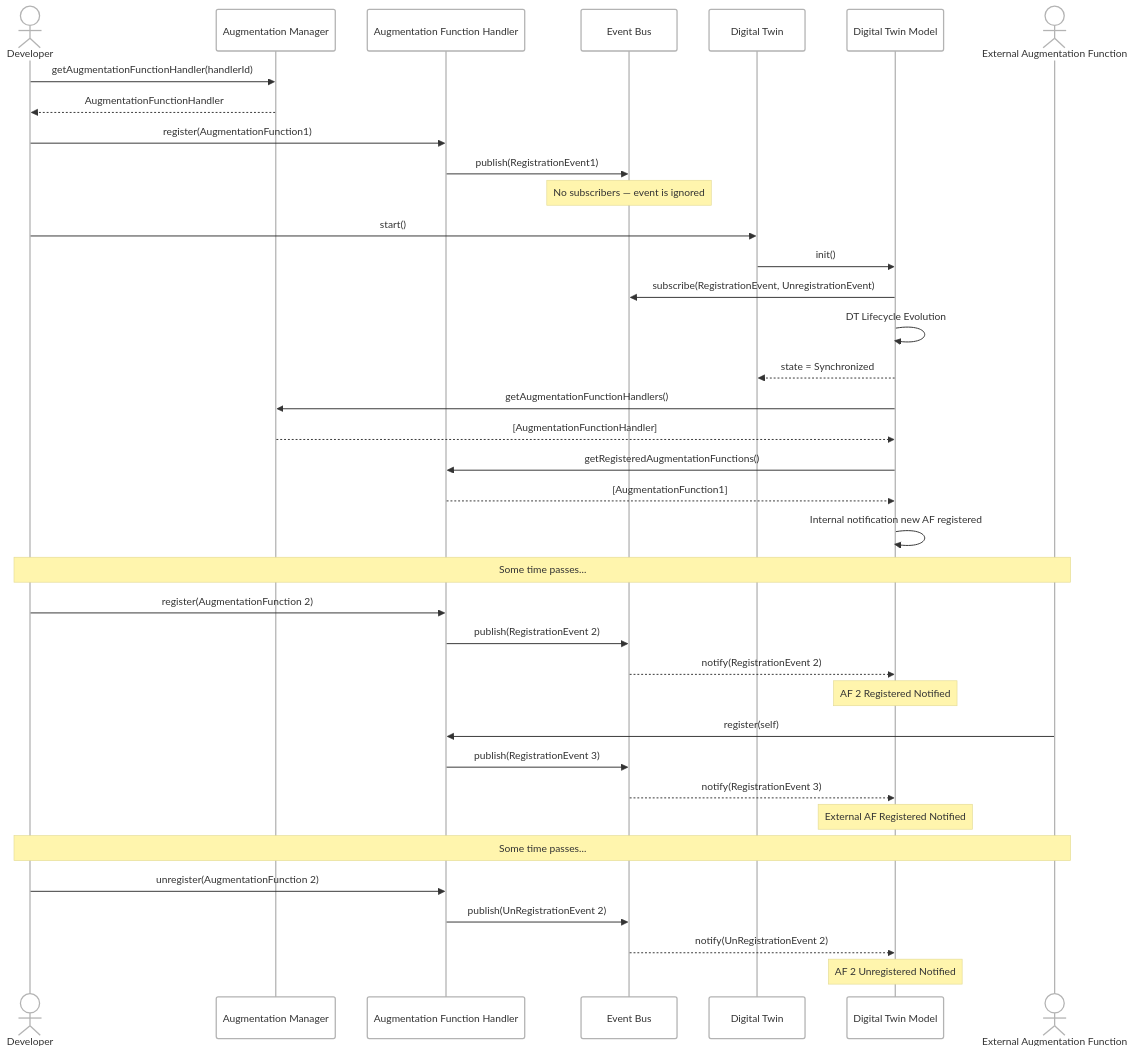
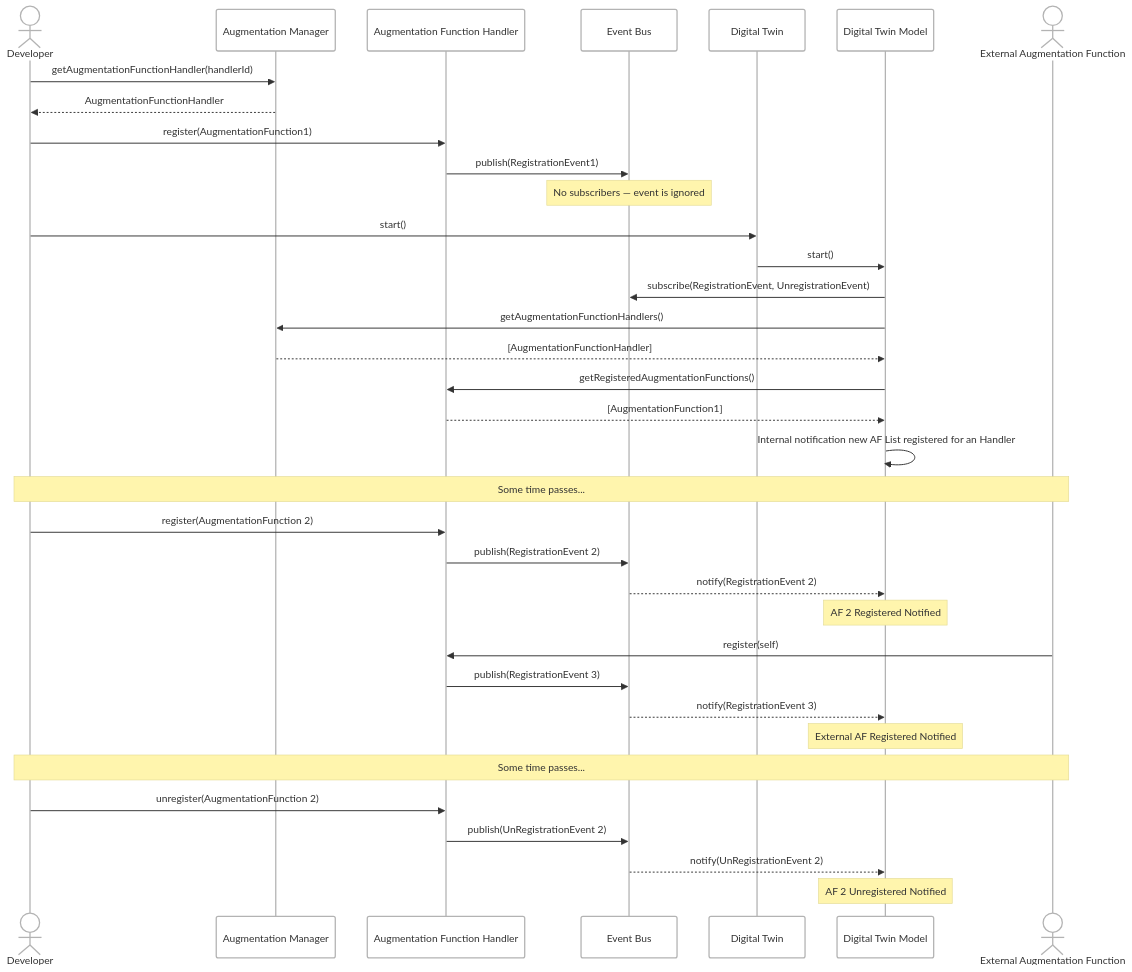
One commit to wldt/wldt-core-java changed the diagram in docs/schemes/augmentation_function_registration.mermaid. Above: the diagram before and after it, drawn with Mermaid. The commit also changed other lines of this file and 16 other files, not shown here.

```diff
--- a/docs/schemes/augmentation_function_registration.mermaid
+++ b/docs/schemes/augmentation_function_registration.mermaid
@@ -1,56 +1,54 @@
 ---
 config:
   theme: neo
 ---
 sequenceDiagram
     actor Dev as Developer
     participant AM as Augmentation Manager
     participant AFH as Augmentation Function Handler
     participant EB as Event Bus
     participant DT as Digital Twin
     participant DTM as Digital Twin Model
     actor EAF as External Augmentation Function
 
     %% Phase 1: Developer registers first Augmentation Function (DT not yet started)
     Dev->>AM: getAugmentationFunctionHandler(handlerId)
     AM-->>Dev: AugmentationFunctionHandler
 
     Dev->>AFH: register(AugmentationFunction1)
     AFH->>EB: publish(RegistrationEvent1)
     Note over EB: No subscribers — event is ignored
 
     %% Phase 2: Developer starts the Digital Twin
     Dev->>DT: start()
-    DT->>DTM: init()
+    DT->>DTM: start()
     DTM->>EB: subscribe(RegistrationEvent, UnregistrationEvent)
-    DTM->>DTM: DT Lifecycle Evolution
-    DTM-->>DT: state = Synchronized
 
     DTM->>AM: getAugmentationFunctionHandlers()
     AM-->>DTM: [AugmentationFunctionHandler]
 
     DTM->>AFH: getRegisteredAugmentationFunctions()
     AFH-->>DTM: [AugmentationFunction1]
-    DTM->>DTM: Internal notification new AF registered
+    DTM->>DTM: Internal notification new AF List registered for an Handler
 
     %% Phase 3: Developer registers a second Augmentation Function
     Note over Dev, EAF: Some time passes...
 
     Dev->>AFH: register(AugmentationFunction 2)
     AFH->>EB: publish(RegistrationEvent 2)
     EB-->>DTM: notify(RegistrationEvent 2)
     Note over DTM: AF 2 Registered Notified
 
     %% Phase 4: External Augmentation Function self-registers
     EAF->>AFH: register(self)
     AFH->>EB: publish(RegistrationEvent 3)
     EB-->>DTM: notify(RegistrationEvent 3)
     Note over DTM: External AF Registered Notified
 
     %% Phase 5: Developer unregisters the Augmentation Function
     Note over Dev, EAF: Some time passes...
 
     Dev->>AFH: unregister(AugmentationFunction 2)
     AFH->>EB: publish(UnRegistrationEvent 2)
     EB-->>DTM: notify(UnRegistrationEvent 2)
     Note over DTM: AF 2 Unregistered Notified
```
